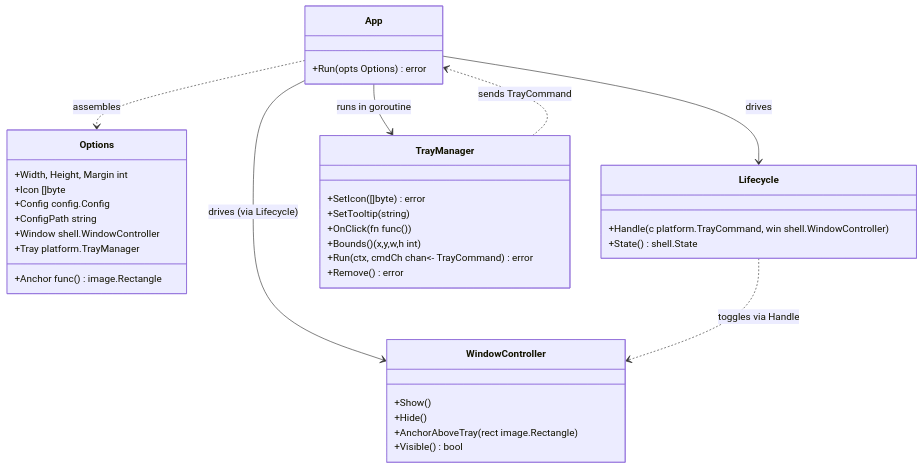
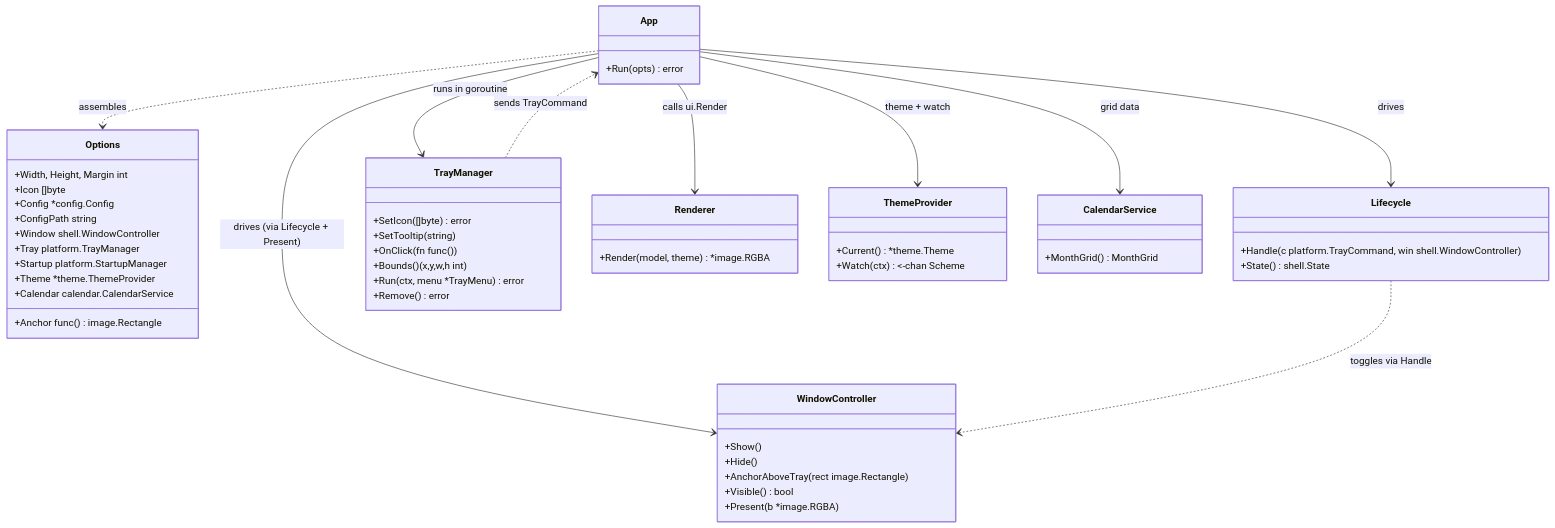
Before and after one commit to shaolei/DeskCalendar: the first of 4 diagrams in docs/10-Shell/App.md, drawn with Mermaid. The commit also changed other lines of this file and 13 other files, not shown here.

First line of the commit message:
feat(ui): implement #90-UI render layer (gg -> *image.RGBA via WindowController.Present)

````diff
--- a/docs/10-Shell/App.md
+++ b/docs/10-Shell/App.md
@@ -41,40 +44,57 @@
 ```mermaid
 classDiagram
     class Options {
         +Width, Height, Margin int
         +Icon []byte
-        +Config config.Config
+        +Config *config.Config
         +ConfigPath string
         +Window shell.WindowController
         +Tray platform.TrayManager
         +Anchor func() image.Rectangle
+        +Startup platform.StartupManager
+        +Theme *theme.ThemeProvider
+        +Calendar calendar.CalendarService
     }
     class App {
-        +Run(opts Options) error
+        +Run(opts) error
     }
     class Lifecycle {
         +Handle(c platform.TrayCommand, win shell.WindowController)
         +State() shell.State
     }
     class WindowController {
         +Show()
         +Hide()
         +AnchorAboveTray(rect image.Rectangle)
         +Visible() bool
+        +Present(b *image.RGBA)
     }
     class TrayManager {
         +SetIcon([]byte) error
         +SetTooltip(string)
         +OnClick(fn func())
         +Bounds() (x,y,w,h int)
-        +Run(ctx, cmdCh chan<- TrayCommand) error
+        +Run(ctx, menu *TrayMenu) error
         +Remove() error
+    }
+    class Renderer {
+        +Render(model, theme) *image.RGBA
+    }
+    class ThemeProvider {
+        +Current() *theme.Theme
+        +Watch(ctx) <-chan Scheme
+    }
+    class CalendarService {
+        +MonthGrid() MonthGrid
     }
 
     App ..> Options : assembles
     App --> Lifecycle : drives
-    App --> WindowController : drives (via Lifecycle)
+    App --> WindowController : drives (via Lifecycle + Present)
     App --> TrayManager : runs in goroutine
+    App --> Renderer : calls ui.Render
+    App --> ThemeProvider : theme + watch
+    App --> CalendarService : grid data
     Lifecycle ..> WindowController : toggles via Handle
     TrayManager ..> App : sends TrayCommand
 ```
````
